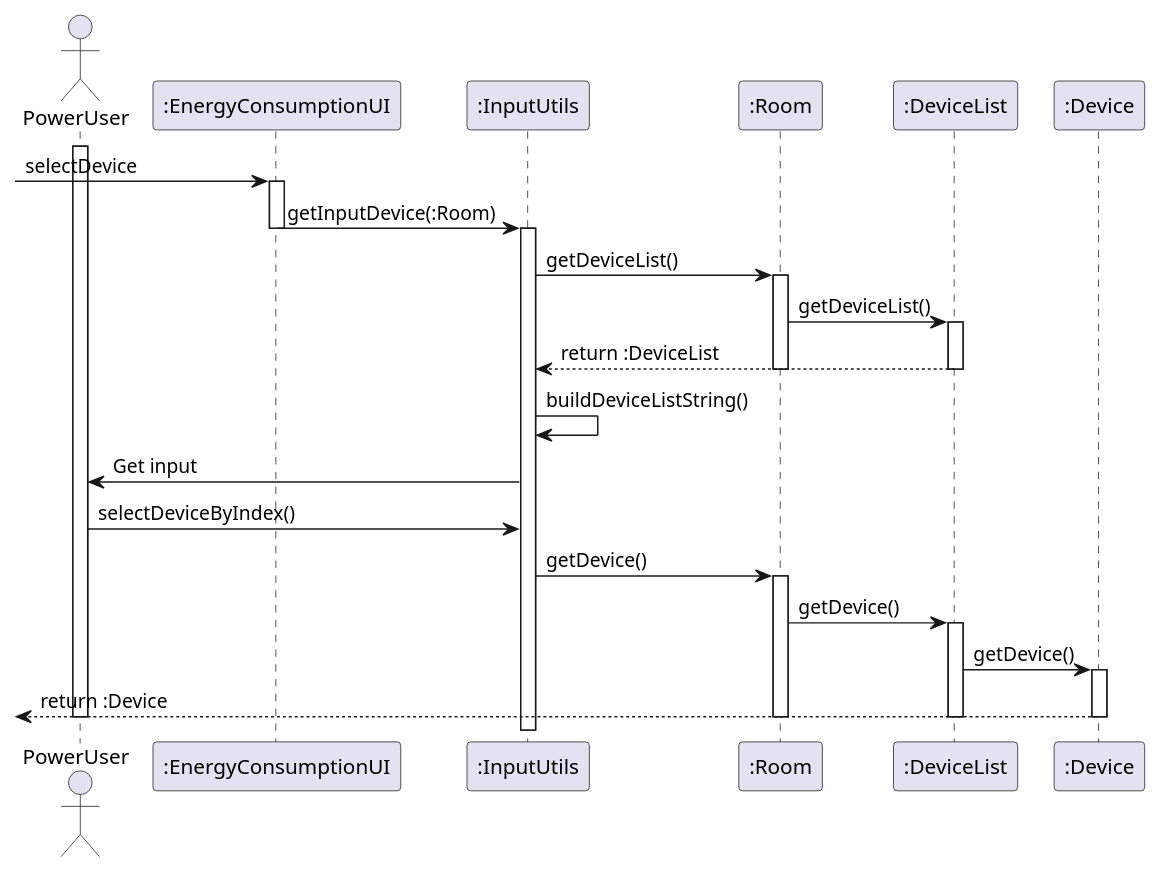
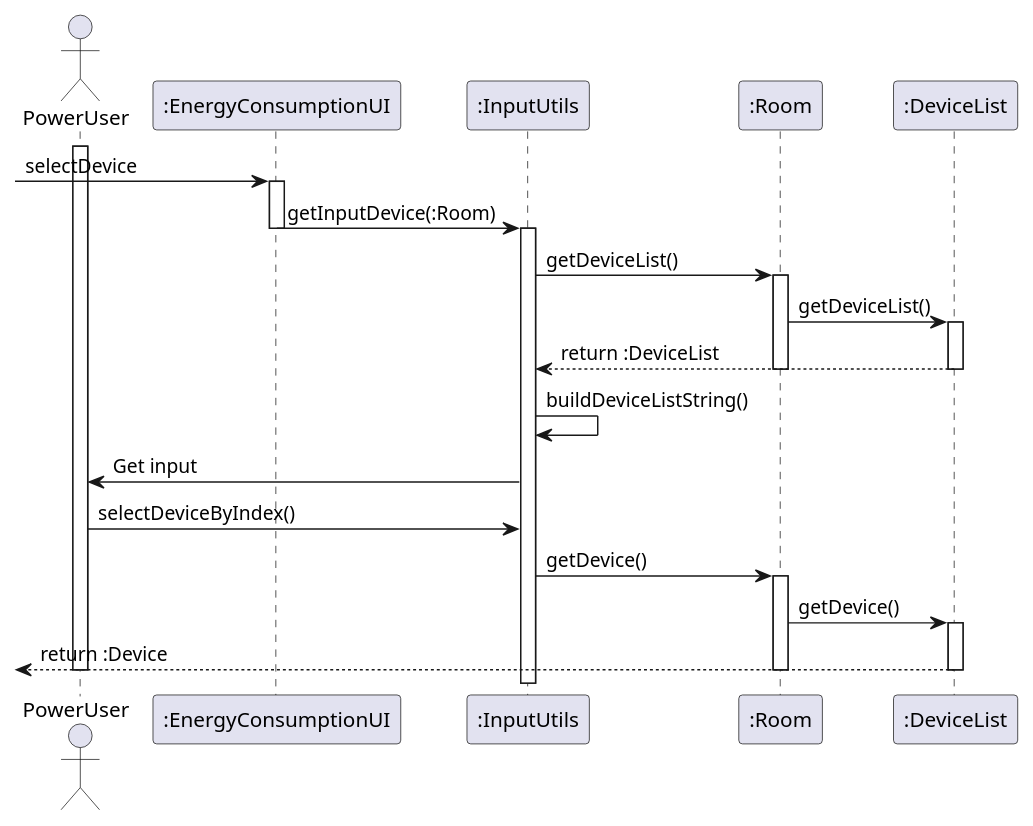
The diagram in uml/US720/selectDevice.puml (Almadanmp/project), drawn with PlantUML before and after one commit. The commit also changed 4 other files, not shown here.

Commit message:
REF #97 US720 UML done

```diff
--- a/uml/US720/selectDevice.puml
+++ b/uml/US720/selectDevice.puml
@@ -1,32 +1,29 @@
 @startuml
 
 actor PowerUser
 
 activate PowerUser
 -> ":EnergyConsumptionUI": selectDevice
 activate ":EnergyConsumptionUI"
 ":EnergyConsumptionUI" -> ":InputUtils": getInputDevice(:Room)
 deactivate ":EnergyConsumptionUI"
 activate ":InputUtils"
 ":InputUtils" -> ":Room": getDeviceList()
 activate ":Room"
 ":Room" -> ":DeviceList": getDeviceList()
 activate ":DeviceList"
 ":DeviceList" --> ":InputUtils": return :DeviceList
 deactivate ":DeviceList"
 deactivate ":Room"
 ":InputUtils" -> ":InputUtils": buildDeviceListString()
 ":InputUtils" -> PowerUser: Get input
 PowerUser -> ":InputUtils": selectDeviceByIndex()
 ":InputUtils" -> ":Room": getDevice()
 activate ":Room"
 ":Room" -> ":DeviceList": getDevice()
 activate ":DeviceList"
-":DeviceList" -> ":Device":getDevice()
-activate ":Device"
-<-- ":Device": return :Device
+<-- ":DeviceList": return :Device
 deactivate ":DeviceList"
 deactivate ":Room"
-deactivate ":Device"
 deactivate PowerUser
 @enduml
```
